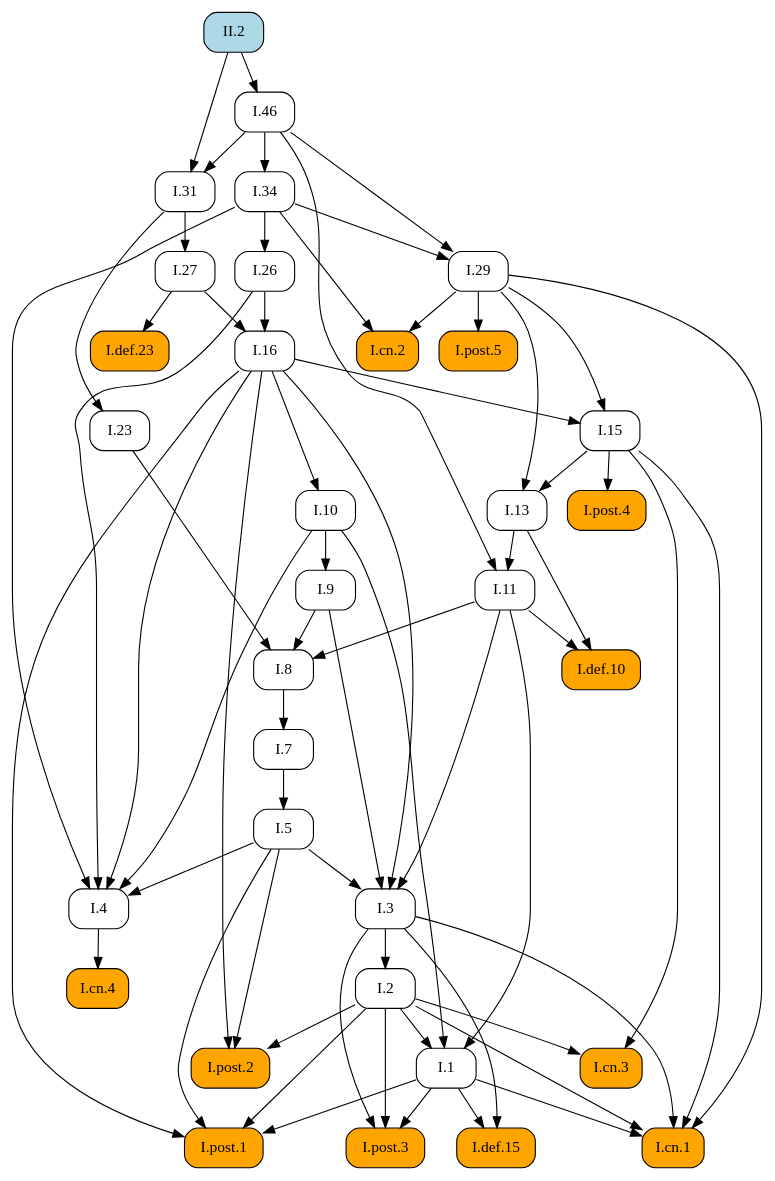
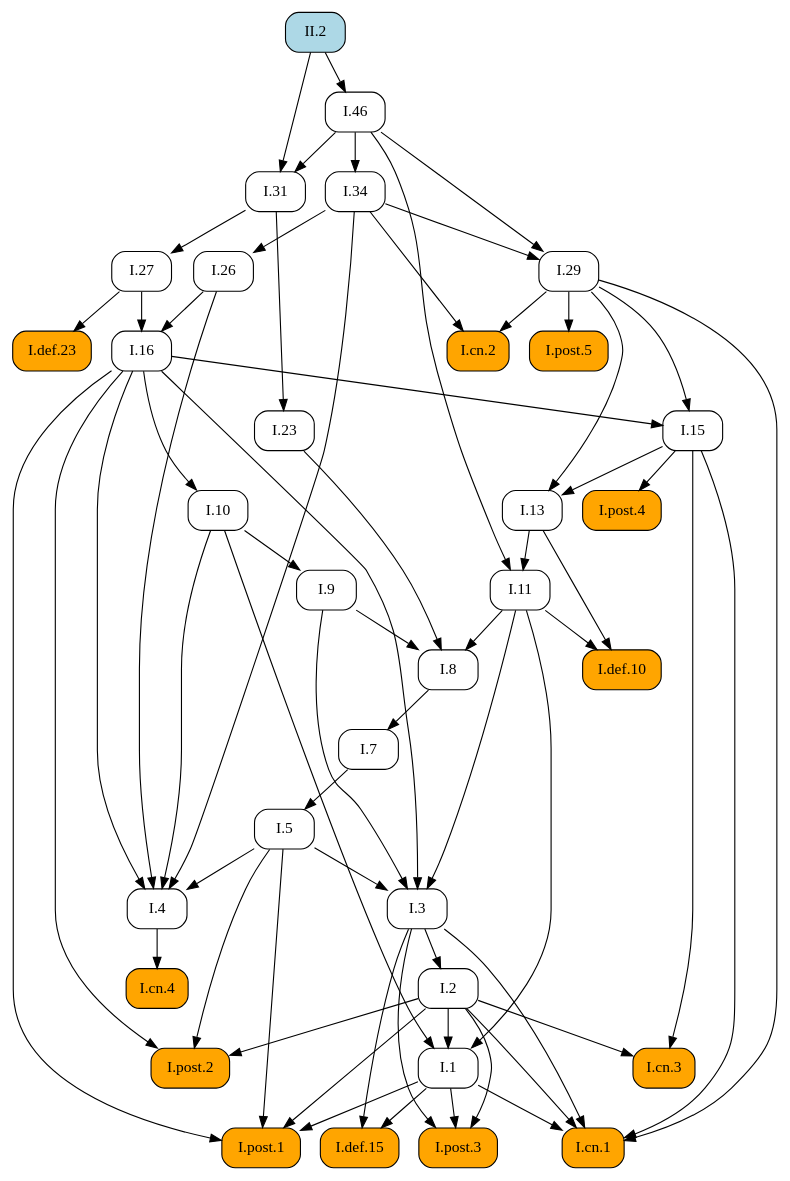
The diagram in docsrc/elements2/II/2/index.rst (geometor/elements), drawn with Graphviz before and after one commit. The commit also changed other lines of this file and 409 other files, not shown here.

First line of the commit message:
feat: Add image cropping and graphic extraction script

```diff
--- a/docsrc/elements2/II/2/index.rst
+++ b/docsrc/elements2/II/2/index.rst
@@ -46,101 +46,101 @@
    digraph {
      rankdir="TB";
      node [shape=box, style=rounded];
+     "I.31" [URL="/elements2/I/31/", target="_top"];
      "I.8" [URL="/elements2/I/8/", target="_top"];
+     "I.15" [URL="/elements2/I/15/", target="_top"];
+     "I.5" [URL="/elements2/I/5/", target="_top"];
+     "I.26" [URL="/elements2/I/26/", target="_top"];
+     "I.cn.1" [style="rounded,filled", fillcolor=orange, URL="/elements2/I/cn.1/", target="_top"];
+     "I.7" [URL="/elements2/I/7/", target="_top"];
+     "I.23" [URL="/elements2/I/23/", target="_top"];
+     "I.16" [URL="/elements2/I/16/", target="_top"];
+     "I.34" [URL="/elements2/I/34/", target="_top"];
+     "II.2" [style="rounded,filled", fillcolor=lightblue, URL="/elements2/II/2/", target="_top"];
+     "I.def.15" [style="rounded,filled", fillcolor=orange, URL="/elements2/I/def.15/", target="_top"];
      "I.46" [URL="/elements2/I/46/", target="_top"];
+     "I.def.10" [style="rounded,filled", fillcolor=orange, URL="/elements2/I/def.10/", target="_top"];
+     "I.11" [URL="/elements2/I/11/", target="_top"];
+     "I.def.23" [style="rounded,filled", fillcolor=orange, URL="/elements2/I/def.23/", target="_top"];
+     "I.post.4" [style="rounded,filled", fillcolor=orange, URL="/elements2/I/post.4/", target="_top"];
+     "I.post.5" [style="rounded,filled", fillcolor=orange, URL="/elements2/I/post.5/", target="_top"];
+     "I.3" [URL="/elements2/I/3/", target="_top"];
+     "I.10" [URL="/elements2/I/10/", target="_top"];
+     "I.cn.3" [style="rounded,filled", fillcolor=orange, URL="/elements2/I/cn.3/", target="_top"];
+     "I.13" [URL="/elements2/I/13/", target="_top"];
+     "I.4" [URL="/elements2/I/4/", target="_top"];
+     "I.post.3" [style="rounded,filled", fillcolor=orange, URL="/elements2/I/post.3/", target="_top"];
+     "I.9" [URL="/elements2/I/9/", target="_top"];
+     "I.29" [URL="/elements2/I/29/", target="_top"];
      "I.post.1" [style="rounded,filled", fillcolor=orange, URL="/elements2/I/post.1/", target="_top"];
-     "I.5" [URL="/elements2/I/5/", target="_top"];
-     "I.post.5" [style="rounded,filled", fillcolor=orange, URL="/elements2/I/post.5/", target="_top"];
-     "I.def.10" [style="rounded,filled", fillcolor=orange, URL="/elements2/I/def.10/", target="_top"];
-     "I.cn.2" [style="rounded,filled", fillcolor=orange, URL="/elements2/I/cn.2/", target="_top"];
-     "I.def.15" [style="rounded,filled", fillcolor=orange, URL="/elements2/I/def.15/", target="_top"];
-     "I.31" [URL="/elements2/I/31/", target="_top"];
-     "I.11" [URL="/elements2/I/11/", target="_top"];
-     "I.3" [URL="/elements2/I/3/", target="_top"];
-     "I.def.23" [style="rounded,filled", fillcolor=orange, URL="/elements2/I/def.23/", target="_top"];
-     "I.post.2" [style="rounded,filled", fillcolor=orange, URL="/elements2/I/post.2/", target="_top"];
-     "I.26" [URL="/elements2/I/26/", target="_top"];
-     "II.2" [style="rounded,filled", fillcolor=lightblue, URL="/elements2/II/2/", target="_top"];
-     "I.1" [URL="/elements2/I/1/", target="_top"];
-     "I.cn.3" [style="rounded,filled", fillcolor=orange, URL="/elements2/I/cn.3/", target="_top"];
-     "I.cn.4" [style="rounded,filled", fillcolor=orange, URL="/elements2/I/cn.4/", target="_top"];
-     "I.7" [URL="/elements2/I/7/", target="_top"];
-     "I.9" [URL="/elements2/I/9/", target="_top"];
-     "I.cn.1" [style="rounded,filled", fillcolor=orange, URL="/elements2/I/cn.1/", target="_top"];
-     "I.29" [URL="/elements2/I/29/", target="_top"];
-     "I.16" [URL="/elements2/I/16/", target="_top"];
-     "I.post.4" [style="rounded,filled", fillcolor=orange, URL="/elements2/I/post.4/", target="_top"];
-     "I.13" [URL="/elements2/I/13/", target="_top"];
      "I.2" [URL="/elements2/I/2/", target="_top"];
      "I.27" [URL="/elements2/I/27/", target="_top"];
-     "I.4" [URL="/elements2/I/4/", target="_top"];
-     "I.10" [URL="/elements2/I/10/", target="_top"];
-     "I.15" [URL="/elements2/I/15/", target="_top"];
-     "I.34" [URL="/elements2/I/34/", target="_top"];
-     "I.23" [URL="/elements2/I/23/", target="_top"];
-     "I.post.3" [style="rounded,filled", fillcolor=orange, URL="/elements2/I/post.3/", target="_top"];
+     "I.1" [URL="/elements2/I/1/", target="_top"];
+     "I.cn.2" [style="rounded,filled", fillcolor=orange, URL="/elements2/I/cn.2/", target="_top"];
+     "I.cn.4" [style="rounded,filled", fillcolor=orange, URL="/elements2/I/cn.4/", target="_top"];
+     "I.post.2" [style="rounded,filled", fillcolor=orange, URL="/elements2/I/post.2/", target="_top"];
+     "I.46" -> "I.31";
+     "II.2" -> "I.31";
      "I.9" -> "I.8";
      "I.11" -> "I.8";
      "I.23" -> "I.8";
-     "II.2" -> "I.46";
-     "I.1" -> "I.post.1";
-     "I.2" -> "I.post.1";
-     "I.5" -> "I.post.1";
-     "I.16" -> "I.post.1";
+     "I.16" -> "I.15";
+     "I.29" -> "I.15";
      "I.7" -> "I.5";
-     "I.29" -> "I.post.5";
-     "I.11" -> "I.def.10";
-     "I.13" -> "I.def.10";
-     "I.29" -> "I.cn.2";
-     "I.34" -> "I.cn.2";
-     "I.1" -> "I.def.15";
-     "I.3" -> "I.def.15";
-     "I.46" -> "I.31";
-     "II.2" -> "I.31";
-     "I.13" -> "I.11";
-     "I.46" -> "I.11";
-     "I.5" -> "I.3";
-     "I.9" -> "I.3";
-     "I.11" -> "I.3";
-     "I.16" -> "I.3";
-     "I.27" -> "I.def.23";
-     "I.2" -> "I.post.2";
-     "I.5" -> "I.post.2";
-     "I.16" -> "I.post.2";
      "I.34" -> "I.26";
-     "I.2" -> "I.1";
-     "I.10" -> "I.1";
-     "I.11" -> "I.1";
-     "I.2" -> "I.cn.3";
-     "I.15" -> "I.cn.3";
-     "I.4" -> "I.cn.4";
-     "I.8" -> "I.7";
-     "I.10" -> "I.9";
      "I.1" -> "I.cn.1";
      "I.2" -> "I.cn.1";
      "I.3" -> "I.cn.1";
      "I.15" -> "I.cn.1";
      "I.29" -> "I.cn.1";
-     "I.34" -> "I.29";
-     "I.46" -> "I.29";
+     "I.8" -> "I.7";
+     "I.31" -> "I.23";
      "I.26" -> "I.16";
      "I.27" -> "I.16";
+     "I.46" -> "I.34";
+     "I.1" -> "I.def.15";
+     "I.3" -> "I.def.15";
+     "II.2" -> "I.46";
+     "I.11" -> "I.def.10";
+     "I.13" -> "I.def.10";
+     "I.13" -> "I.11";
+     "I.46" -> "I.11";
+     "I.27" -> "I.def.23";
      "I.15" -> "I.post.4";
+     "I.29" -> "I.post.5";
+     "I.5" -> "I.3";
+     "I.9" -> "I.3";
+     "I.11" -> "I.3";
+     "I.16" -> "I.3";
+     "I.16" -> "I.10";
+     "I.2" -> "I.cn.3";
+     "I.15" -> "I.cn.3";
      "I.15" -> "I.13";
      "I.29" -> "I.13";
-     "I.3" -> "I.2";
-     "I.31" -> "I.27";
      "I.5" -> "I.4";
      "I.10" -> "I.4";
      "I.16" -> "I.4";
      "I.26" -> "I.4";
      "I.34" -> "I.4";
-     "I.16" -> "I.10";
-     "I.16" -> "I.15";
-     "I.29" -> "I.15";
-     "I.46" -> "I.34";
-     "I.31" -> "I.23";
      "I.1" -> "I.post.3";
      "I.2" -> "I.post.3";
      "I.3" -> "I.post.3";
+     "I.10" -> "I.9";
+     "I.34" -> "I.29";
+     "I.46" -> "I.29";
+     "I.1" -> "I.post.1";
+     "I.2" -> "I.post.1";
+     "I.5" -> "I.post.1";
+     "I.16" -> "I.post.1";
+     "I.3" -> "I.2";
+     "I.31" -> "I.27";
+     "I.2" -> "I.1";
+     "I.10" -> "I.1";
+     "I.11" -> "I.1";
+     "I.29" -> "I.cn.2";
+     "I.34" -> "I.cn.2";
+     "I.4" -> "I.cn.4";
+     "I.2" -> "I.post.2";
+     "I.5" -> "I.post.2";
+     "I.16" -> "I.post.2";
    }
```
